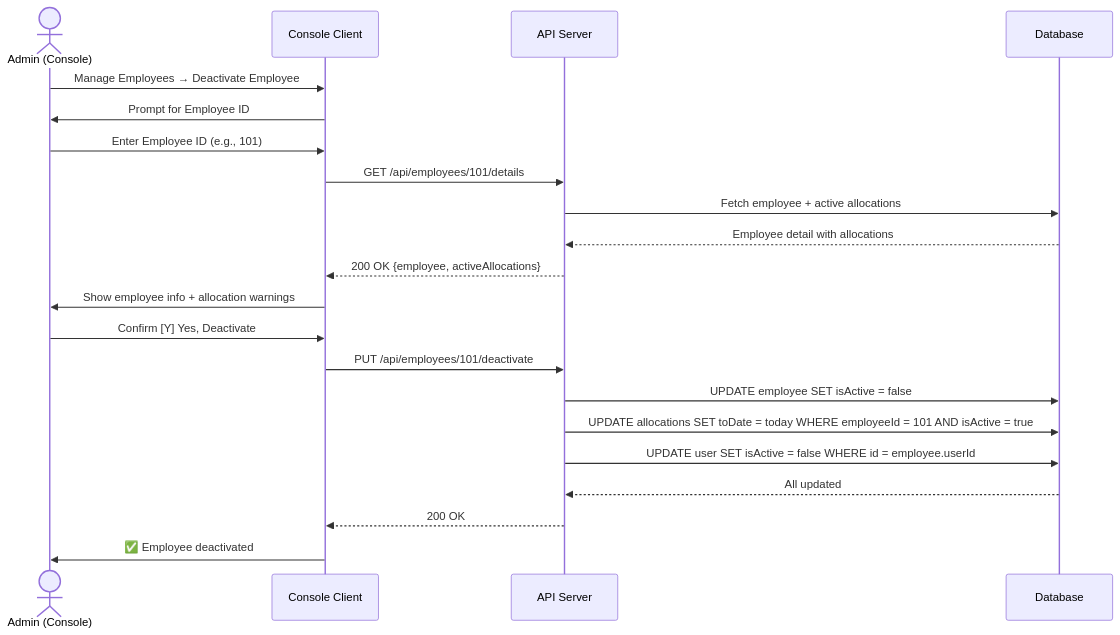
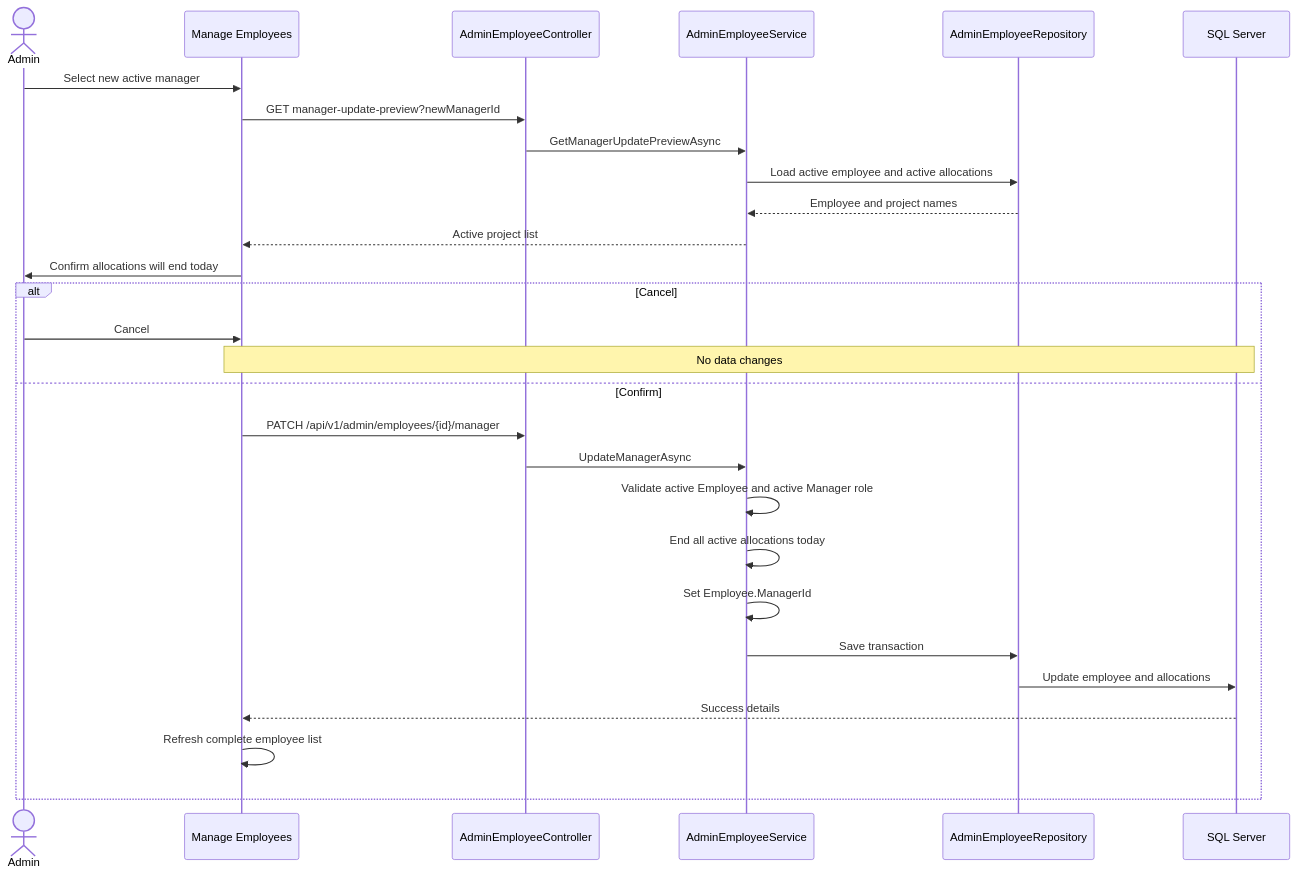
Before and after one commit to AayushGargITT/AayushGarg-LearnCode-2025-26: diagram 11 of 17 in ResourceMindAi/readme.md, drawn with Mermaid. The commit also changed other lines of this file, not shown here.

Commit message:
docs(readme): update architecture and diagrams to reflect latest PRM workflows

````diff
--- a/ResourceMindAi/readme.md
+++ b/ResourceMindAi/readme.md
@@ -637,30 +557,32 @@
 ```mermaid
 sequenceDiagram
-    actor A as Admin (Console)
-    participant C as Console Client
-    participant S as API Server
-    participant DB as Database
+    actor Admin
+    participant UI as Manage Employees
+    participant API as AdminEmployeeController
+    participant Service as AdminEmployeeService
+    participant Repo as AdminEmployeeRepository
+    participant DB as SQL Server
 
-    A->>C: Manage Employees → Deactivate Employee
-    C->>A: Prompt for Employee ID
-    A->>C: Enter Employee ID (e.g., 101)
+    Admin->>UI: Select new active manager
+    UI->>API: GET manager-update-preview?newManagerId
+    API->>Service: GetManagerUpdatePreviewAsync
+    Service->>Repo: Load active employee and active allocations
+    Repo-->>Service: Employee and project names
+    Service-->>UI: Active project list
+    UI->>Admin: Confirm allocations will end today
 
-    C->>S: GET /api/employees/101/details
-    S->>DB: Fetch employee + active allocations
-    DB-->>S: Employee detail with allocations
-
-    S-->>C: 200 OK {employee, activeAllocations}
-    C->>A: Show employee info + allocation warnings
-
-    A->>C: Confirm [Y] Yes, Deactivate
-
-    C->>S: PUT /api/employees/101/deactivate
-
-    S->>DB: UPDATE employee SET isActive = false
-    S->>DB: UPDATE allocations SET toDate = today WHERE employeeId = 101 AND isActive = true
-    S->>DB: UPDATE user SET isActive = false WHERE id = employee.userId
-    DB-->>S: All updated
-
-    S-->>C: 200 OK
-    C->>A: ✅ Employee deactivated
+    alt Cancel
+        Admin->>UI: Cancel
+        Note over UI,DB: No data changes
+    else Confirm
+        UI->>API: PATCH /api/v1/admin/employees/{id}/manager
+        API->>Service: UpdateManagerAsync
+        Service->>Service: Validate active Employee and active Manager role
+        Service->>Service: End all active allocations today
+        Service->>Service: Set Employee.ManagerId
+        Service->>Repo: Save transaction
+        Repo->>DB: Update employee and allocations
+        DB-->>UI: Success details
+        UI->>UI: Refresh complete employee list
+    end
 ```
````
